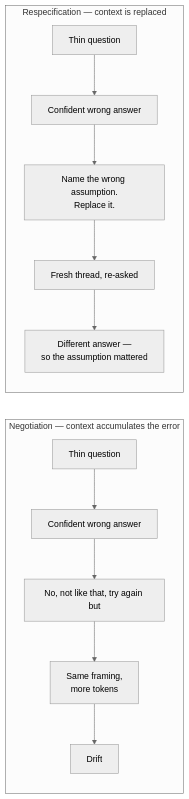
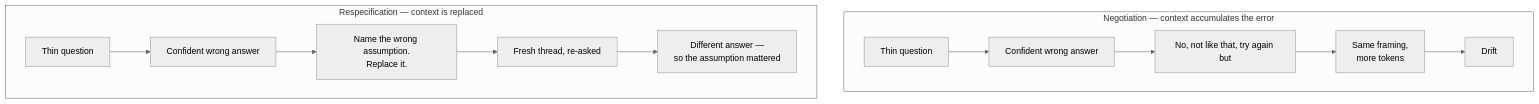
The second of 2 diagrams in src/content/blog/2026-09-29-how-to-ask-ai-questions-properly.mdx (yoosuf/yoosuf.github.io), drawn with Mermaid (neutral theme) before and after one commit. The commit also changed 1 other file, not shown here.

Commit message:
Improve mobile Mermaid diagram orientation

````diff
--- a/src/content/blog/2026-09-29-how-to-ask-ai-questions-properly.mdx
+++ b/src/content/blog/2026-09-29-how-to-ask-ai-questions-properly.mdx
@@ -231,15 +231,15 @@
 ```mermaid
-flowchart LR
+flowchart TD
     subgraph Trap["Negotiation — context accumulates the error"]
         A1["Thin question"] --> A2["Confident wrong answer"]
         A2 --> A3["No, not like that, try again but"]
         A3 --> A4["Same framing,<br/>more tokens"]
         A4 --> A5["Drift"]
     end
     subgraph Spec["Respecification — context is replaced"]
         B1["Thin question"] --> B2["Confident wrong answer"]
         B2 --> B3["Name the wrong assumption.<br/>Replace it."]
         B3 --> B4["Fresh thread, re-asked"]
         B4 --> B5["Different answer —<br/>so the assumption mattered"]
     end
 ```
````
